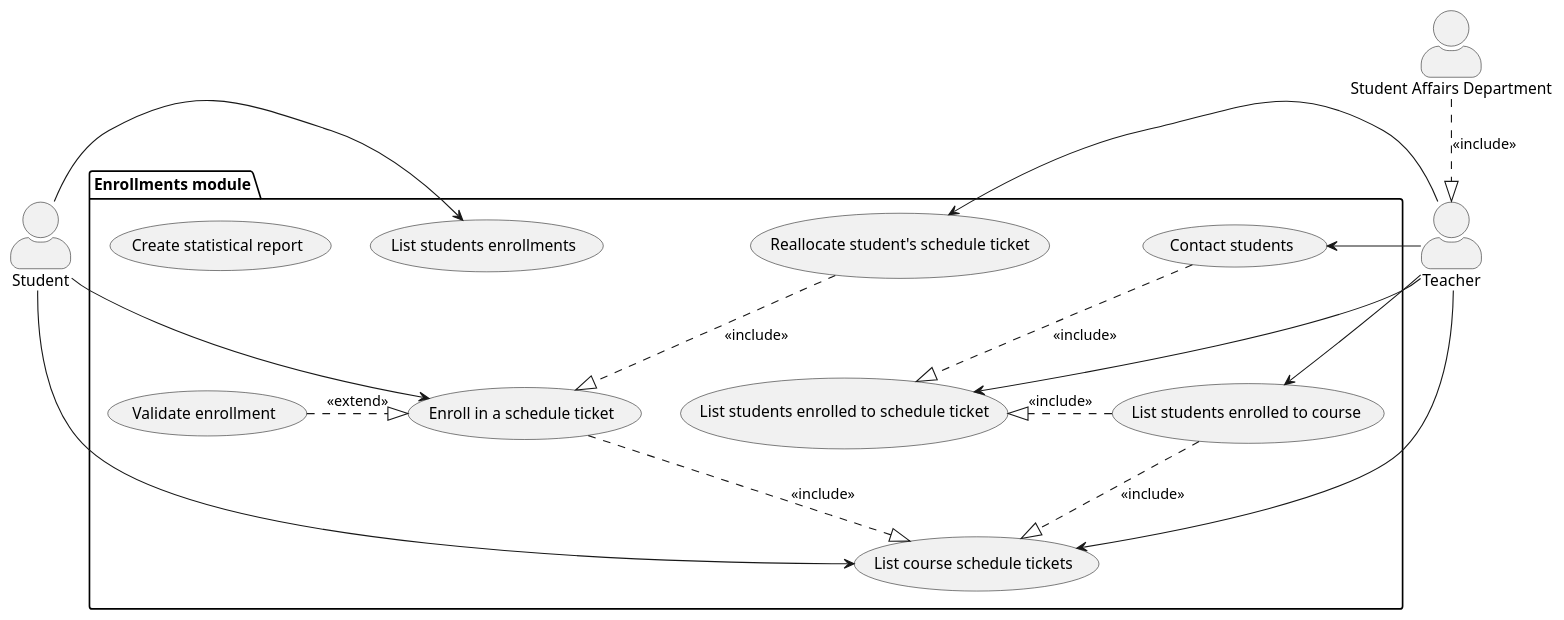
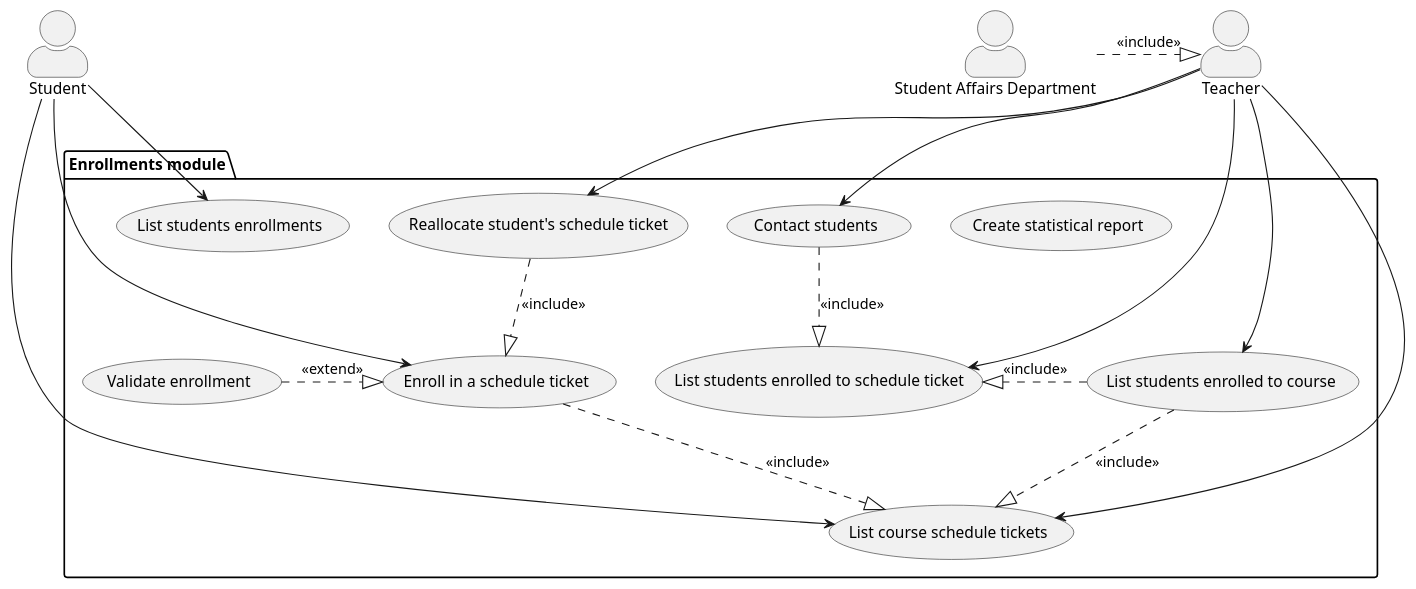
Before and after one commit to viktor-bujko/nswi041_enrollments_module: the diagram in seminar-work-template.md, drawn with PlantUML. The commit also changed other lines of this file, not shown here.

Commit message:
Changed diagram layout

````diff
--- a/seminar-work-template.md
+++ b/seminar-work-template.md
@@ -45,41 +43,44 @@
 ```plantuml
 @startuml
 
 skinparam actorStyle awesome
+skinparam monochrome true
+
 actor Student as s
 actor Teacher as t
 actor "Student Affairs Department" as sd
+
 package "Enrollments module" {
   usecase "Create statistical report" as statReport
   usecase "Enroll in a schedule ticket" as enroll
   usecase "List students enrollments" as listEnrollments
   usecase "List course schedule tickets" as listTickets
   usecase "List students enrolled to course" as listCourseEnrolled
   usecase "Reallocate student's schedule ticket" as reallocateTicket
   usecase "List students enrolled to schedule ticket" as listTicketEnrolled
   usecase "Contact students" as contact
   usecase "Validate enrollment" as validate
 }
 
 validate .|> enroll: << extend >>
 enroll ..|> listTickets: <<include>>
 reallocateTicket ..|> enroll: <<include>>
 listCourseEnrolled  ..|> listTickets: <<include>>
 contact ..|> listTicketEnrolled: <<include>>
 listCourseEnrolled .|> listTicketEnrolled: <<include>>
 
-sd .down.|> t: <<include>>
+sd .|> t: <<include>>
 
-s -> enroll
-s -> listEnrollments
-s -> listTickets
+s --> enroll
+s --> listEnrollments
+s --> listTickets
 
 
-t -> reallocateTicket
-t -> contact
-t -> listCourseEnrolled
-t -> listTicketEnrolled
-t -> listTickets
+t --> reallocateTicket
+t --> contact
+t --> listCourseEnrolled
+t --> listTicketEnrolled
+t --> listTickets
 
 @enduml
 ```
````
